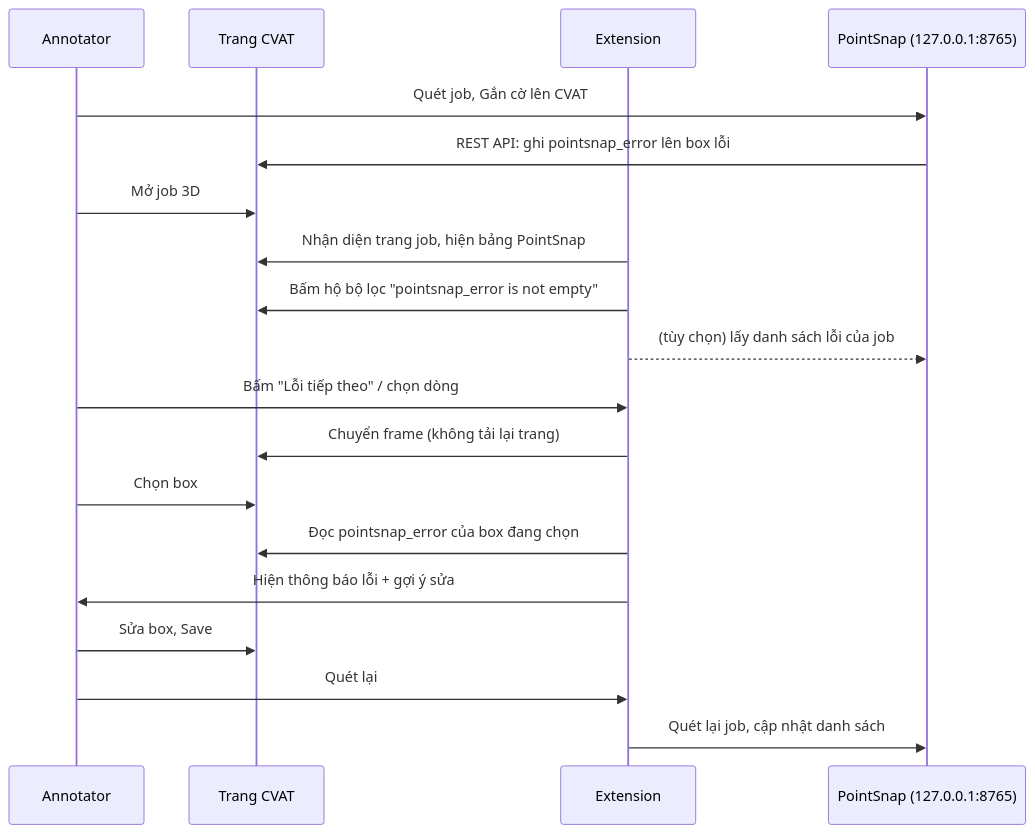
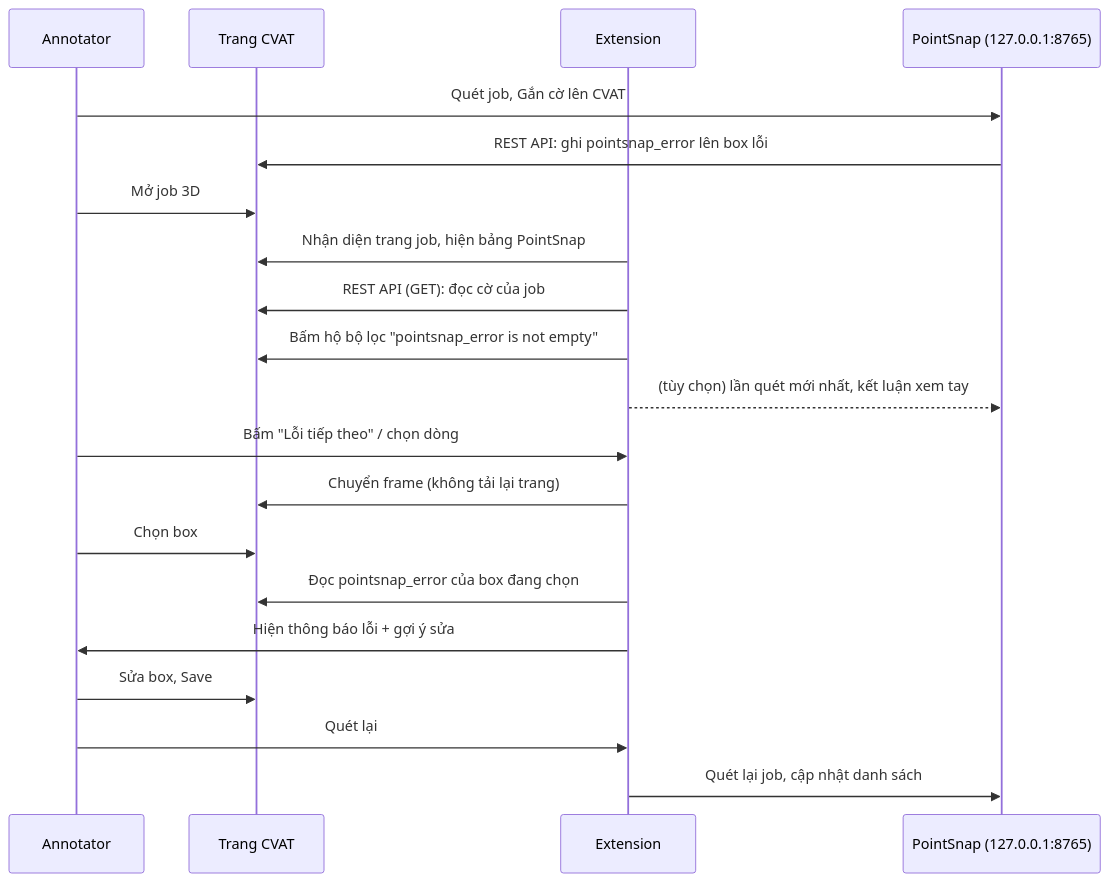
One commit to BanhKhuc04/P-029-v2 changed the second of 2 diagrams in source-tool/pointsnap-3d/de-xuat-de-tai.md. Above: the diagram before and after it, drawn with Mermaid. The commit also changed other lines of this file and 10 other files, not shown here.

````diff
--- a/source-tool/pointsnap-3d/de-xuat-de-tai.md
+++ b/source-tool/pointsnap-3d/de-xuat-de-tai.md
@@ -294,21 +295,22 @@
 ```mermaid
 sequenceDiagram
   participant A as Annotator
   participant C as Trang CVAT
   participant X as Extension
   participant P as PointSnap (127.0.0.1:8765)
   A->>P: Quét job, Gắn cờ lên CVAT
   P->>C: REST API: ghi pointsnap_error lên box lỗi
   A->>C: Mở job 3D
   X->>C: Nhận diện trang job, hiện bảng PointSnap
+  X->>C: REST API (GET): đọc cờ của job
   X->>C: Bấm hộ bộ lọc "pointsnap_error is not empty"
-  X-->>P: (tùy chọn) lấy danh sách lỗi của job
+  X-->>P: (tùy chọn) lần quét mới nhất, kết luận xem tay
   A->>X: Bấm "Lỗi tiếp theo" / chọn dòng
   X->>C: Chuyển frame (không tải lại trang)
   A->>C: Chọn box
   X->>C: Đọc pointsnap_error của box đang chọn
   X->>A: Hiện thông báo lỗi + gợi ý sửa
   A->>C: Sửa box, Save
   A->>X: Quét lại
   X->>P: Quét lại job, cập nhật danh sách
 ```
````
